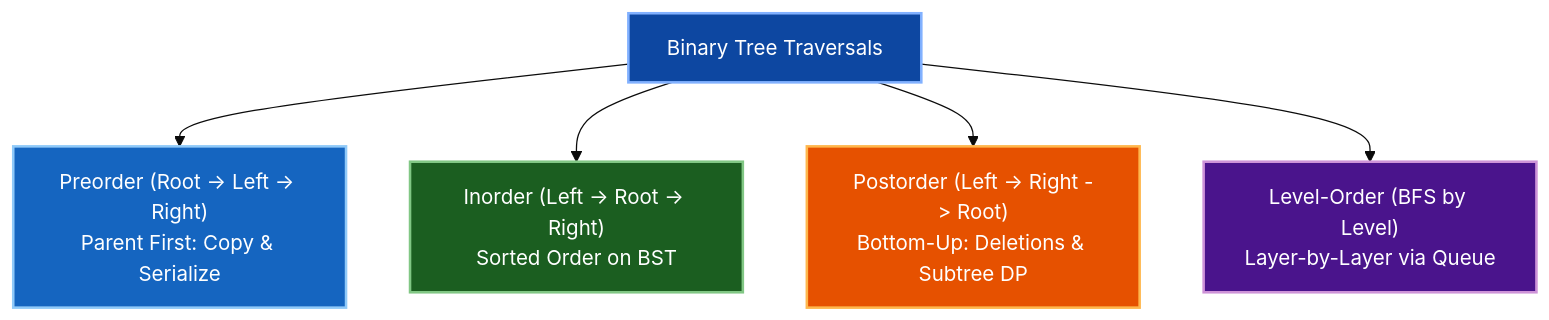
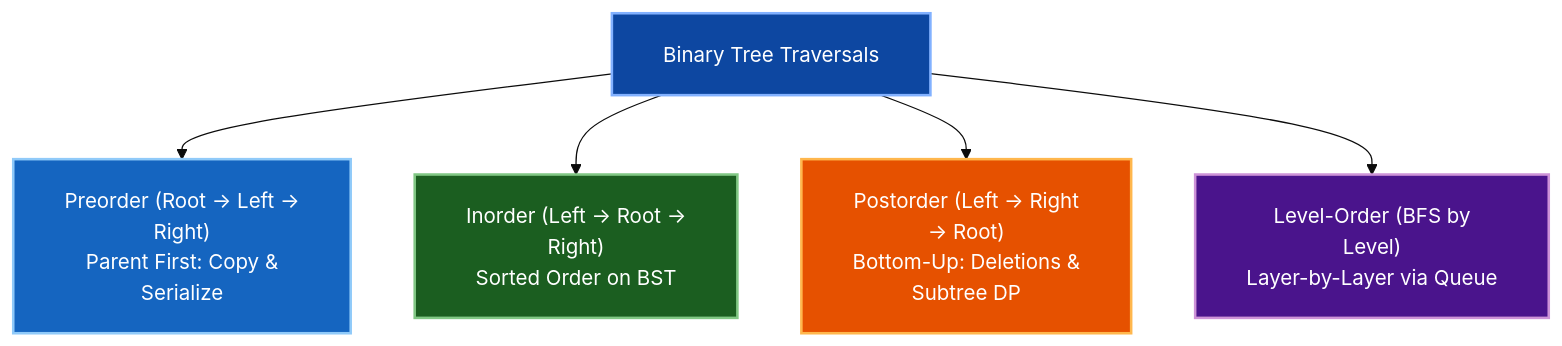
The third of 25 diagrams in week_07_trees_and_balanced_search_trees/Week_07_Visual_Concepts_Playbook_HYBRID.md (dip4k/DSA_102), drawn with Mermaid (base theme) before and after one commit. The commit also changed other lines of this file and 108 other files, not shown here.

First line of the commit message:
fix(mermaid): resolve diagram clipping, padding, and syntax issues across repo

````diff
--- a/week_07_trees_and_balanced_search_trees/Week_07_Visual_Concepts_Playbook_HYBRID.md
+++ b/week_07_trees_and_balanced_search_trees/Week_07_Visual_Concepts_Playbook_HYBRID.md
@@ -118,14 +120,15 @@
 ```mermaid
+%%{init: {"flowchart": {"htmlLabels": true, "padding": 20}}}%%
 flowchart TD
     T["Binary Tree Traversals"]:::rootNode
-    T --> Pre["Preorder (Root -> Left -> Right)<br/>Parent First: Copy & Serialize"]:::preNode
-    T --> In["Inorder (Left -> Root -> Right)<br/>Sorted Order on BST"]:::inNode
-    T --> Post["Postorder (Left -> Right -> Root)<br/>Bottom-Up: Deletions & Subtree DP"]:::postNode
-    T --> Lvl["Level-Order (BFS by Level)<br/>Layer-by-Layer via Queue"]:::lvlNode
+    T --> Pre["Preorder (Root -> Left -><br/>Right)<br/>Parent First: Copy &<br/>Serialize"]:::preNode
+    T --> In["Inorder (Left -> Root -><br/>Right)<br/>Sorted Order on BST"]:::inNode
+    T --> Post["Postorder (Left -> Right<br/>-> Root)<br/>Bottom-Up: Deletions &<br/>Subtree DP"]:::postNode
+    T --> Lvl["Level-Order (BFS by<br/>Level)<br/>Layer-by-Layer via Queue"]:::lvlNode
 
     classDef rootNode fill:#0d47a1,stroke:#82b1ff,stroke-width:2px,color:#ffffff
     classDef preNode fill:#1565c0,stroke:#90caf9,stroke-width:2px,color:#ffffff
     classDef inNode fill:#1b5e20,stroke:#81c784,stroke-width:2px,color:#ffffff
     classDef postNode fill:#e65100,stroke:#ffb74d,stroke-width:2px,color:#ffffff
     classDef lvlNode fill:#4a148c,stroke:#ce93d8,stroke-width:2px,color:#ffffff
 ```
````
